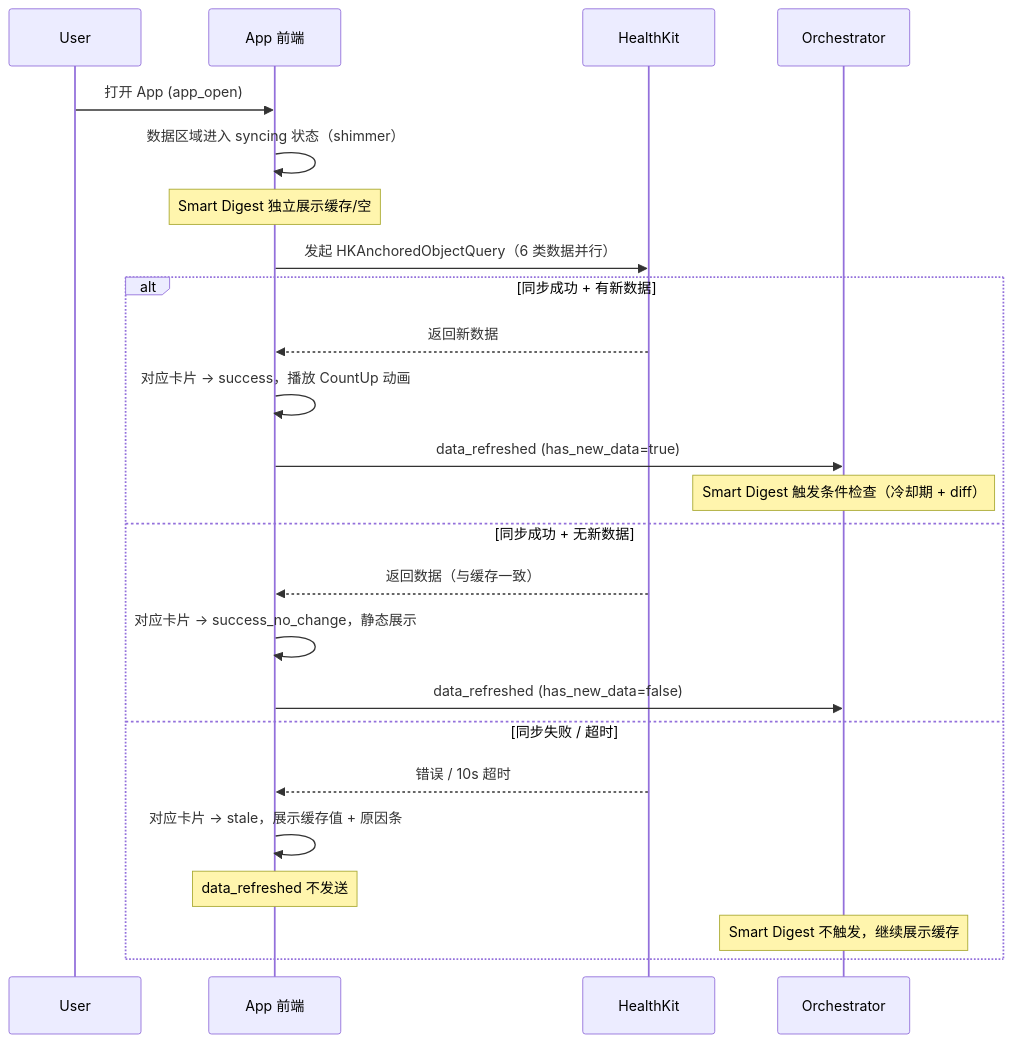
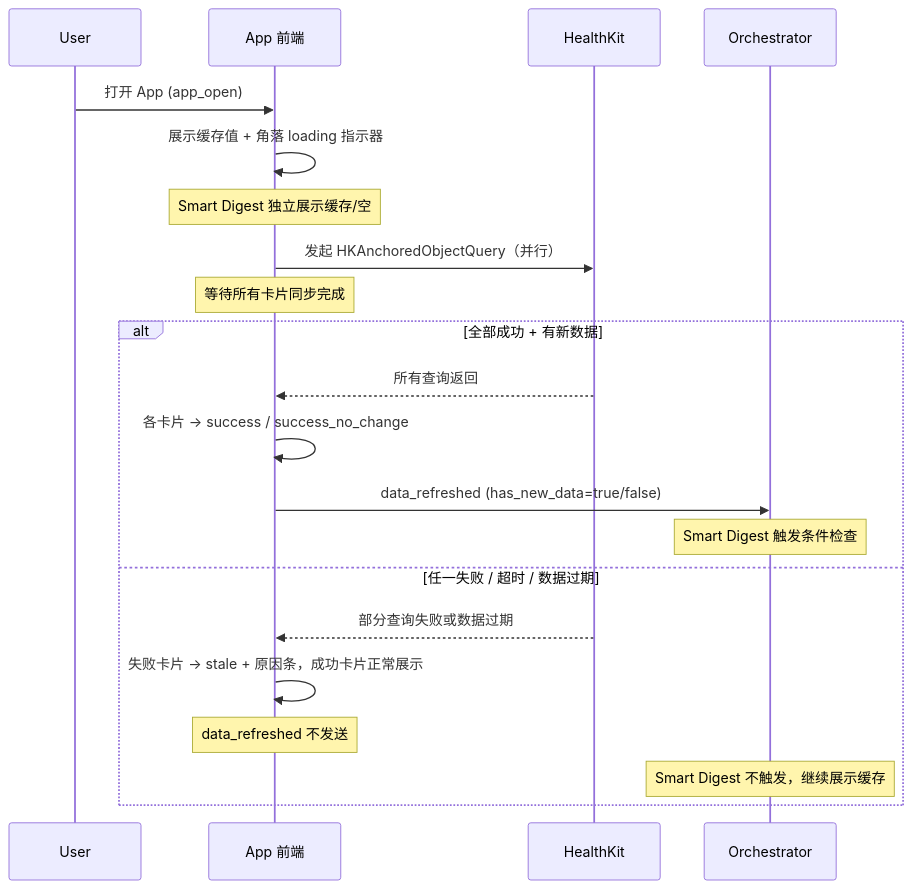
Before and after one commit to Trendolhxh/test: the second of 4 diagrams in prd/data-sync-status/data-sync-status-prd.md, drawn with Mermaid. The commit also changed other lines of this file and 1 other file, not shown here.

First line of the commit message:
docs: 修复 PRD 开放问题——syncing 视觉、digest 触发、状态条优先级、过期阈值

````diff
--- a/prd/data-sync-status/data-sync-status-prd.md
+++ b/prd/data-sync-status/data-sync-status-prd.md
@@ -90,28 +90,26 @@
 ```mermaid
 sequenceDiagram
     participant User
     participant App as App 前端
     participant HK as HealthKit
     participant Orch as Orchestrator
 
     User->>App: 打开 App (app_open)
-    App->>App: 数据区域进入 syncing 状态（shimmer）
+    App->>App: 展示缓存值 + 角落 loading 指示器
     Note over App: Smart Digest 独立展示缓存/空
-    App->>HK: 发起 HKAnchoredObjectQuery（6 类数据并行）
+    App->>HK: 发起 HKAnchoredObjectQuery（并行）
 
-    alt 同步成功 + 有新数据
-        HK-->>App: 返回新数据
-        App->>App: 对应卡片 → success，播放 CountUp 动画
-        App->>Orch: data_refreshed (has_new_data=true)
-        Note over Orch: Smart Digest 触发条件检查（冷却期 + diff）
-    else 同步成功 + 无新数据
-        HK-->>App: 返回数据（与缓存一致）
-        App->>App: 对应卡片 → success_no_change，静态展示
-        App->>Orch: data_refreshed (has_new_data=false)
-    else 同步失败 / 超时
-        HK-->>App: 错误 / 10s 超时
-        App->>App: 对应卡片 → stale，展示缓存值 + 原因条
+    Note over App: 等待所有卡片同步完成
+
+    alt 全部成功 + 有新数据
+        HK-->>App: 所有查询返回
+        App->>App: 各卡片 → success / success_no_change
+        App->>Orch: data_refreshed (has_new_data=true/false)
+        Note over Orch: Smart Digest 触发条件检查
+    else 任一失败 / 超时 / 数据过期
+        HK-->>App: 部分查询失败或数据过期
+        App->>App: 失败卡片 → stale + 原因条，成功卡片正常展示
         Note over App: data_refreshed 不发送
         Note over Orch: Smart Digest 不触发，继续展示缓存
     end
 ```
````
